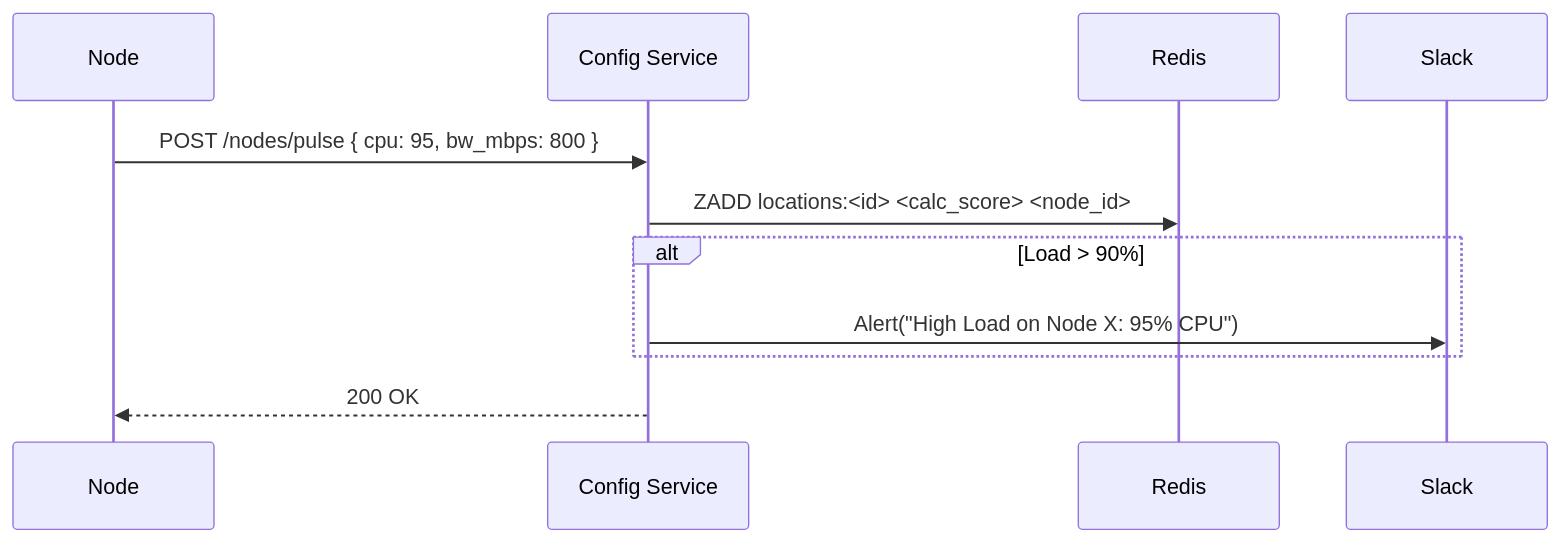
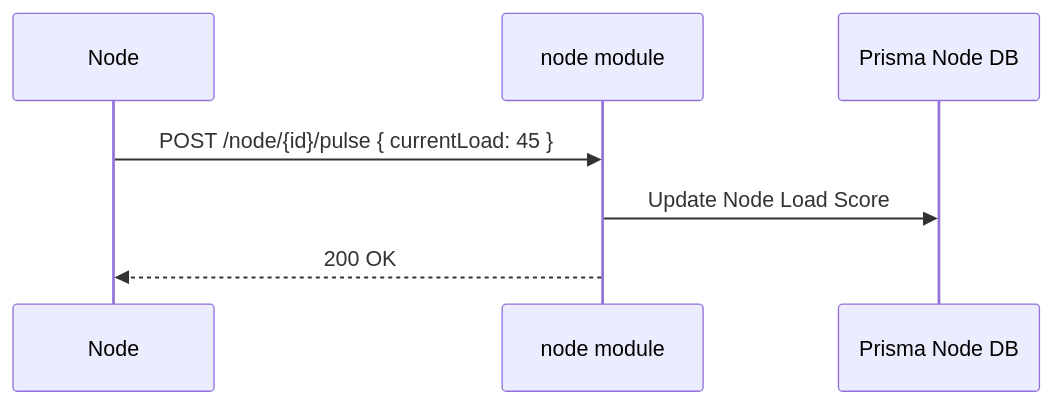
Before and after one commit to Keen-VPN/docs: the fifth of 5 diagrams in architecture/b2c-backend-design.md, drawn with Mermaid. The commit also changed other lines of this file and 15 other files, not shown here.

````diff
--- a/architecture/b2c-backend-design.md
+++ b/architecture/b2c-backend-design.md
@@ -545,17 +162,10 @@
-    ```mermaid
-    sequenceDiagram
-        participant Node
-        participant Config as Config Service
-        participant Redis
-        participant Slack
+```mermaid
+sequenceDiagram
+    participant Node
+    participant Nodes as node module
+    participant DB as Prisma Node DB
 
-        Node->>Config: POST /nodes/pulse { cpu: 95, bw_mbps: 800 }
-        
-        Config->>Redis: ZADD locations:<id> <calc_score> <node_id>
-        
-        alt Load > 90%
-            Config->>Slack: Alert("High Load on Node X: 95% CPU")
-        end
-
-        Config-->>Node: 200 OK
-    ```
+    Node->>Nodes: POST /node/{id}/pulse { currentLoad: 45 }
+    Nodes->>DB: Update Node Load Score
+    Nodes-->>Node: 200 OK
+```
````
